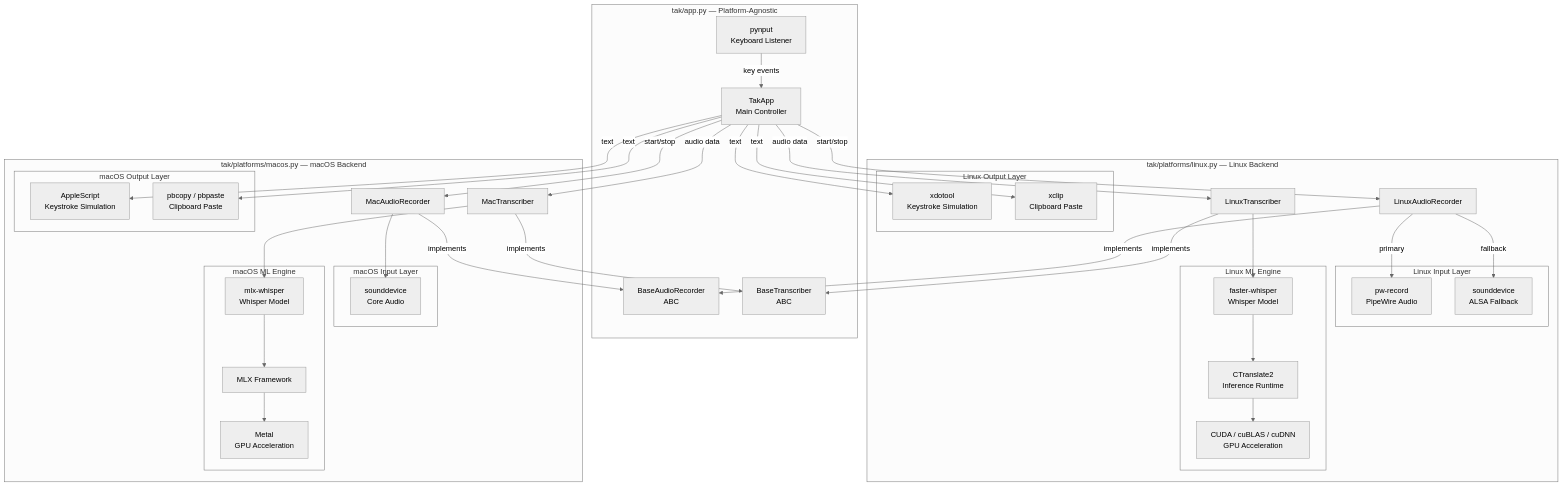
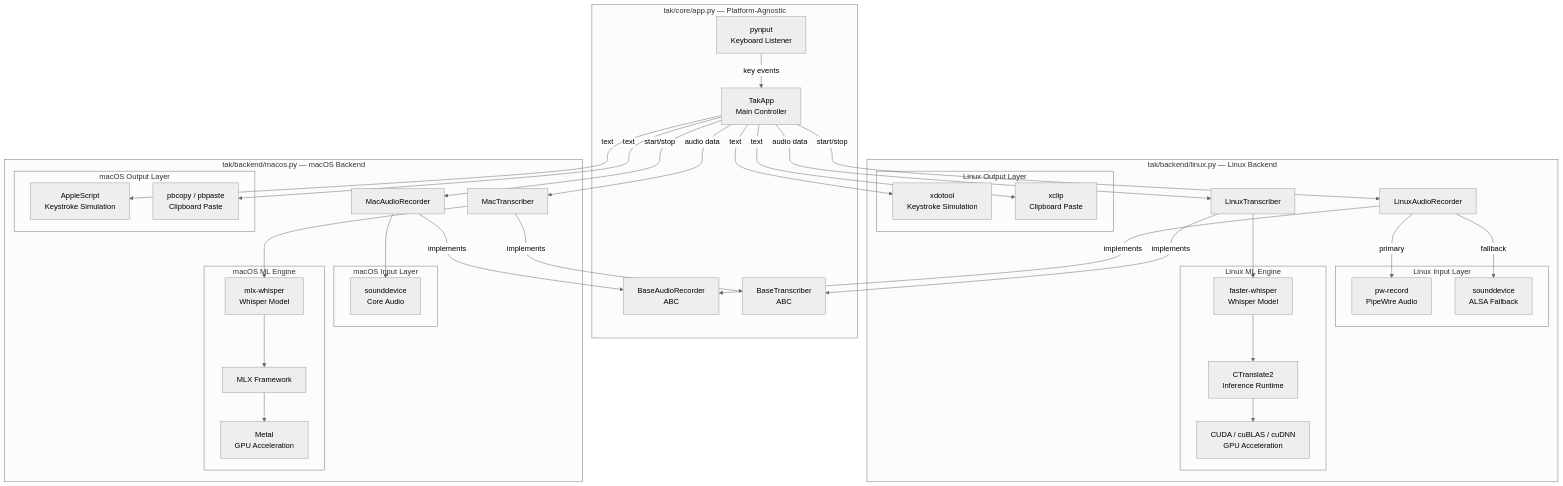
The third of 11 diagrams in docs/architecture.md (lchonkan/tak), drawn with Mermaid (neutral theme) before and after one commit. The commit also changed other lines of this file and 45 other files, not shown here.

````diff
--- a/docs/architecture.md
+++ b/docs/architecture.md
@@ -157,79 +158,79 @@
 ```mermaid
 graph TD
-    subgraph "tak/app.py — Platform-Agnostic"
+    subgraph "tak/core/app.py — Platform-Agnostic"
         PYNPUT[pynput<br/>Keyboard Listener]
         TAKAPP[TakApp<br/>Main Controller]
         BASE_REC[BaseAudioRecorder<br/>ABC]
         BASE_TR[BaseTranscriber<br/>ABC]
     end
 
-    subgraph "tak/platforms/linux.py — Linux Backend"
+    subgraph "tak/backend/linux.py — Linux Backend"
         subgraph "Linux Input Layer"
             PWREC[pw-record<br/>PipeWire Audio]
             SDEV[sounddevice<br/>ALSA Fallback]
         end
 
         AREC[LinuxAudioRecorder]
         TRANS[LinuxTranscriber]
 
         subgraph "Linux Output Layer"
             XDOTOOL[xdotool<br/>Keystroke Simulation]
             XCLIP[xclip<br/>Clipboard Paste]
         end
 
         subgraph "Linux ML Engine"
             WHISPER[faster-whisper<br/>Whisper Model]
             CT2[CTranslate2<br/>Inference Runtime]
             CUDA[CUDA / cuBLAS / cuDNN<br/>GPU Acceleration]
         end
     end
 
-    subgraph "tak/platforms/macos.py — macOS Backend"
+    subgraph "tak/backend/macos.py — macOS Backend"
         subgraph "macOS Input Layer"
             COREAUDIO[sounddevice<br/>Core Audio]
         end
 
         MAC_AREC[MacAudioRecorder]
         MAC_TRANS[MacTranscriber]
 
         subgraph "macOS Output Layer"
             APPLESCRIPT[AppleScript<br/>Keystroke Simulation]
             PBCOPY[pbcopy / pbpaste<br/>Clipboard Paste]
         end
 
         subgraph "macOS ML Engine"
             MLX_WHISPER[mlx-whisper<br/>Whisper Model]
             MLX[MLX Framework]
             METAL[Metal<br/>GPU Acceleration]
         end
     end
 
     PYNPUT -->|key events| TAKAPP
     TAKAPP -->|start/stop| AREC
     TAKAPP -->|audio data| TRANS
     TAKAPP -->|text| XDOTOOL
     TAKAPP -->|text| XCLIP
 
     TAKAPP -->|start/stop| MAC_AREC
     TAKAPP -->|audio data| MAC_TRANS
     TAKAPP -->|text| APPLESCRIPT
     TAKAPP -->|text| PBCOPY
 
     AREC -->|implements| BASE_REC
     TRANS -->|implements| BASE_TR
     MAC_AREC -->|implements| BASE_REC
     MAC_TRANS -->|implements| BASE_TR
 
     AREC -->|primary| PWREC
     AREC -->|fallback| SDEV
 
     MAC_AREC --> COREAUDIO
 
     TRANS --> WHISPER
     WHISPER --> CT2
     CT2 --> CUDA
 
     MAC_TRANS --> MLX_WHISPER
     MLX_WHISPER --> MLX
     MLX --> METAL
 ```
````
